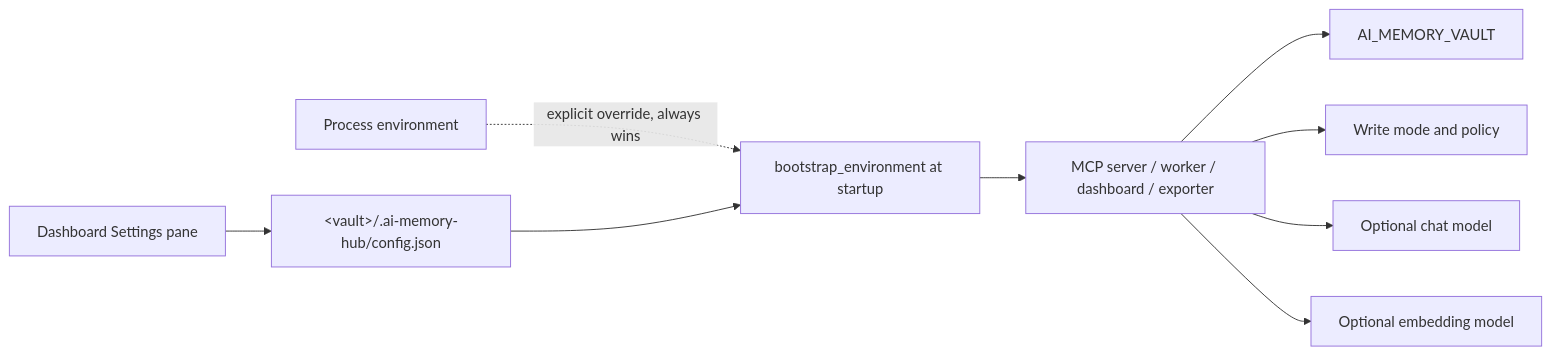
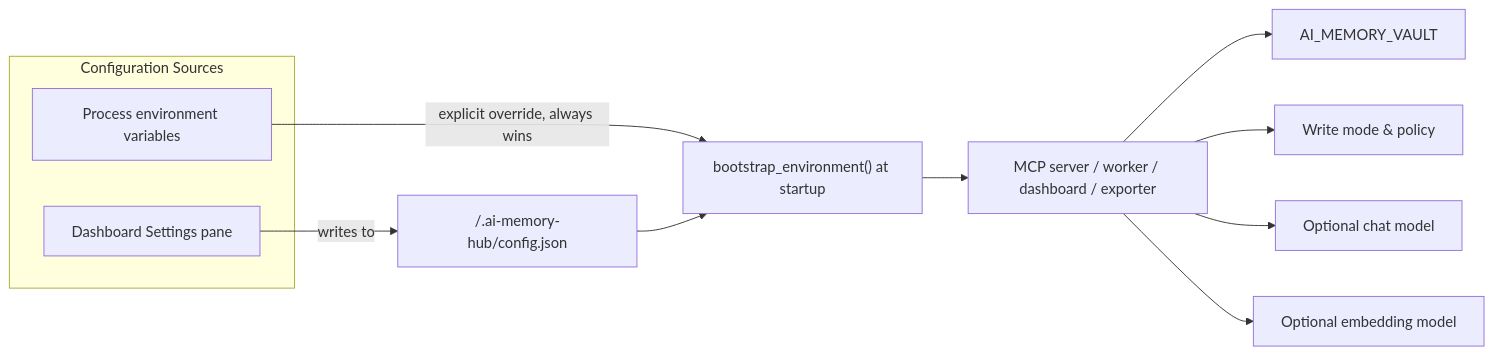
One commit to vib28/ai-memory-hub changed the first of 5 diagrams in docs/CONFIGURATION.md. Above: the diagram before and after it, drawn with Mermaid. The commit also changed other lines of this file and 11 other files, not shown here.

````diff
--- a/docs/CONFIGURATION.md
+++ b/docs/CONFIGURATION.md
@@ -10,11 +9,16 @@
 ```mermaid
 flowchart LR
-    Settings[Dashboard Settings pane] --> ConfigFile["&lt;vault&gt;/.ai-memory-hub/config.json"]
-    Env[Process environment] -.explicit override, always wins.-> Bootstrap
-    ConfigFile --> Bootstrap[bootstrap_environment at startup]
-    Bootstrap --> Server[MCP server / worker / dashboard / exporter]
-    Server --> Vault[AI_MEMORY_VAULT]
-    Server --> Policy[Write mode and policy]
-    Server --> Chat[Optional chat model]
-    Server --> Embed[Optional embedding model]
+    subgraph Configuration Sources
+        Dashboard[Dashboard Settings pane]
+        Env[Process environment variables]
+    end
+
+    Dashboard -->|"writes to"| ConfigFile["<vault>/.ai-memory-hub/config.json"]
+    Env -->|"explicit override, always wins"| Bootstrap["bootstrap_environment() at startup"]
+    ConfigFile --> Bootstrap
+    Bootstrap --> Server["MCP server / worker / dashboard / exporter"]
+    Server --> Vault["AI_MEMORY_VAULT"]
+    Server --> Policy["Write mode & policy"]
+    Server --> Chat["Optional chat model"]
+    Server --> Embed["Optional embedding model"]
 ```
````
